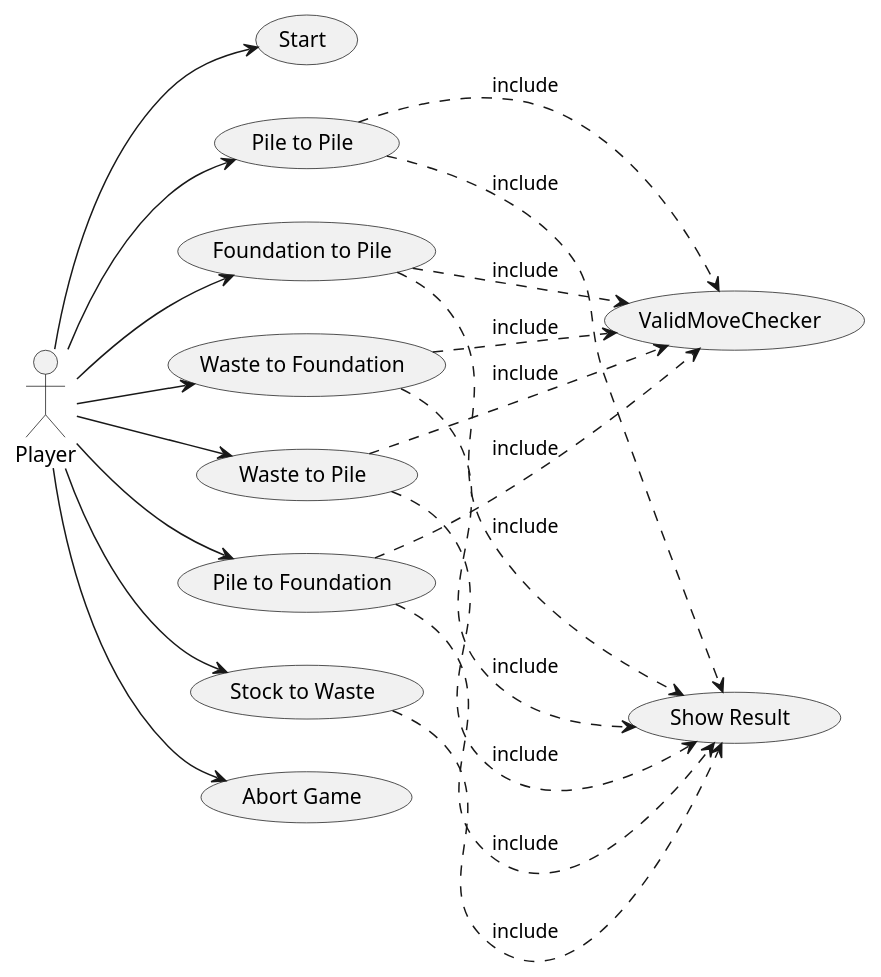
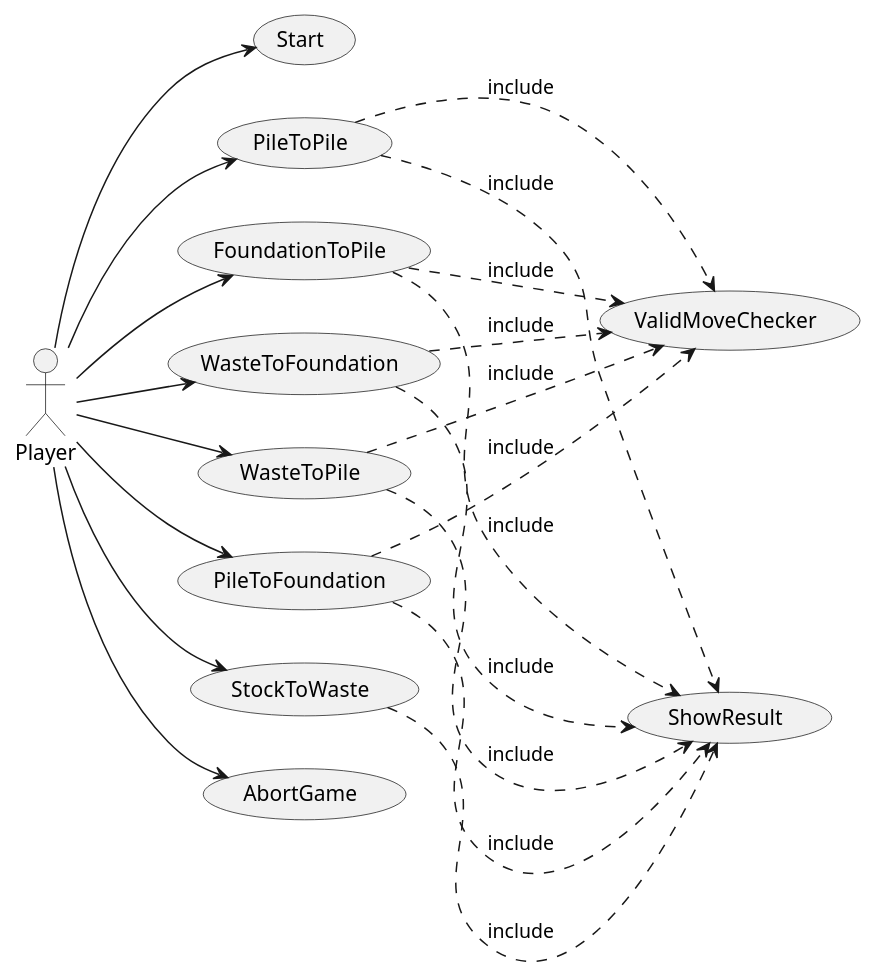
One commit to ciscoruiz/klondike changed the diagram in useCaseView/usecases.puml. Above: the diagram before and after it, drawn with PlantUML.

Commit message:
Rename UC using camel case mode

```diff
--- a/useCaseView/usecases.puml
+++ b/useCaseView/usecases.puml
@@ -1,37 +1,37 @@
 @startuml
 left to right direction
 
 usecase "Start" as UC0
-usecase "Stock to Waste" as UC1
-usecase "Waste to Foundation" as UC2
-usecase "Waste to Pile" as UC3
-usecase "Pile to Foundation" as UC4
-usecase "Pile to Pile" as UC5
-usecase "Foundation to Pile" as UC6
-usecase "Show Result" as UC7
-usecase "Abort Game" as UCN
+usecase "StockToWaste" as UC1
+usecase "WasteToFoundation" as UC2
+usecase "WasteToPile" as UC3
+usecase "PileToFoundation" as UC4
+usecase "PileToPile" as UC5
+usecase "FoundationToPile" as UC6
+usecase "ShowResult" as UC7
+usecase "AbortGame" as UCN
 
 usecase "ValidMoveChecker" as MovementChecker
 
 Player --> UC0
 Player --> UC1
 Player --> UC2
 Player --> UC3
 Player --> UC4
 Player --> UC5
 Player --> UC6
 Player --> UCN
 
 UC2 -.> MovementChecker : include
 UC3 -.> MovementChecker : include
 UC4 -.> MovementChecker : include
 UC5 -.> MovementChecker : include
 UC6 -.> MovementChecker : include
 
 UC1 -.> UC7 : include
 UC2 -.> UC7 : include
 UC3 -.> UC7 : include
 UC4 -.> UC7 : include
 UC5 -.> UC7 : include
 UC6 -.> UC7 : include
 @enduml
```
